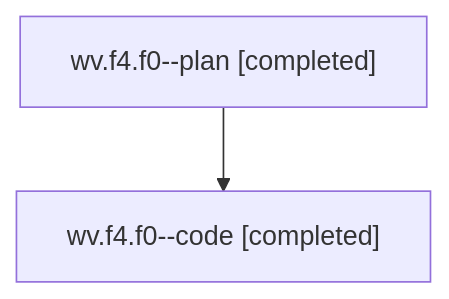
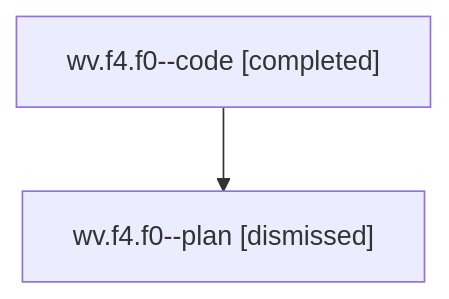
The diagram in families/bbugyi200.athena.wv.f4.f0.md (sase-org/sase--agents), drawn with Mermaid before and after one commit. The commit also changed other lines of this file and 1973 other files, not shown here.

````diff
--- a/families/bbugyi200.athena.wv.f4.f0.md
+++ b/families/bbugyi200.athena.wv.f4.f0.md
@@ -9,6 +9,6 @@
 ```mermaid
 flowchart TD
-  n0["wv.f4.f0--plan [completed]"]
-  n1["wv.f4.f0--code [completed]"]
+  n0["wv.f4.f0--code [completed]"]
+  n1["wv.f4.f0--plan [dismissed]"]
   n0 --> n1
 ```
````
